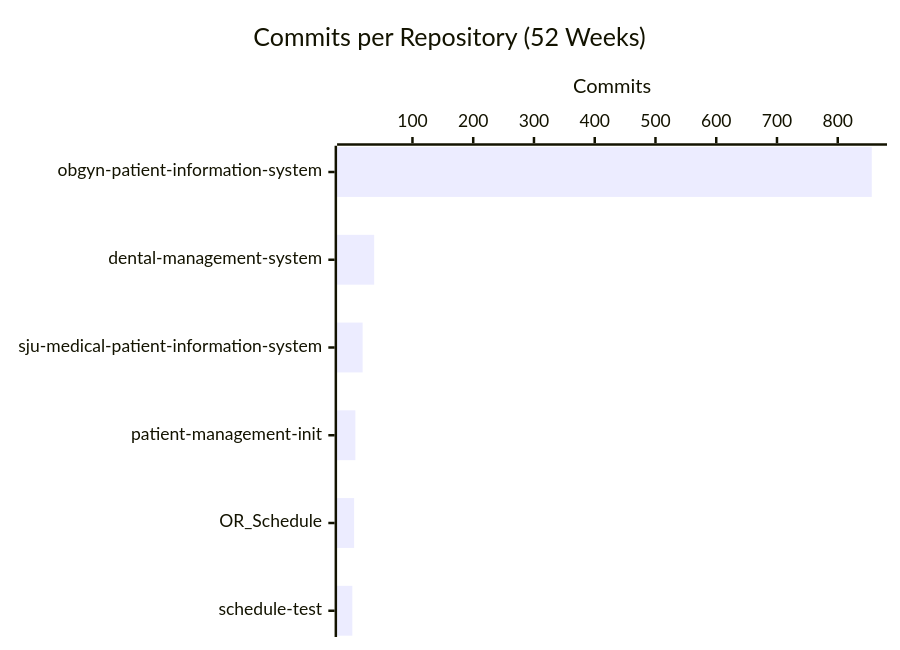
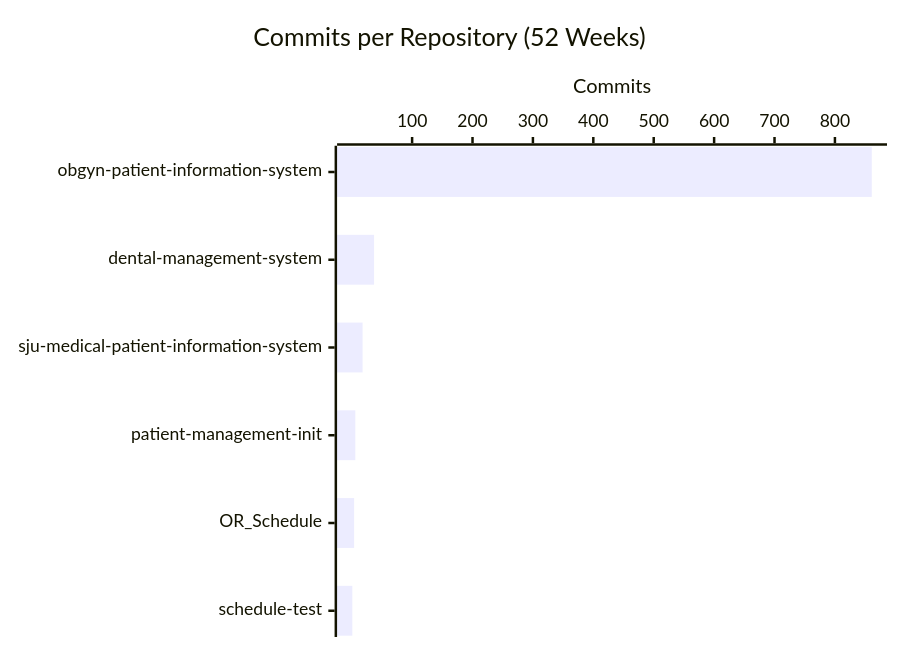
The second of 4 diagrams in profile/README.md (CSTH-Projects/.github), drawn with Mermaid before and after one commit. The commit also changed other lines of this file, not shown here.

````diff
--- a/profile/README.md
+++ b/profile/README.md
@@ -24,7 +24,7 @@
 ```mermaid
 xychart-beta horizontal
     title "Commits per Repository (52 Weeks)"
     x-axis ["obgyn-patient-information-system", "dental-management-system", "sju-medical-patient-information-system", "patient-management-init", "OR_Schedule", "schedule-test"]
     y-axis "Commits"
-    bar [856, 37, 18, 6, 4, 1]
+    bar [861, 37, 18, 6, 4, 1]
 ```
````
